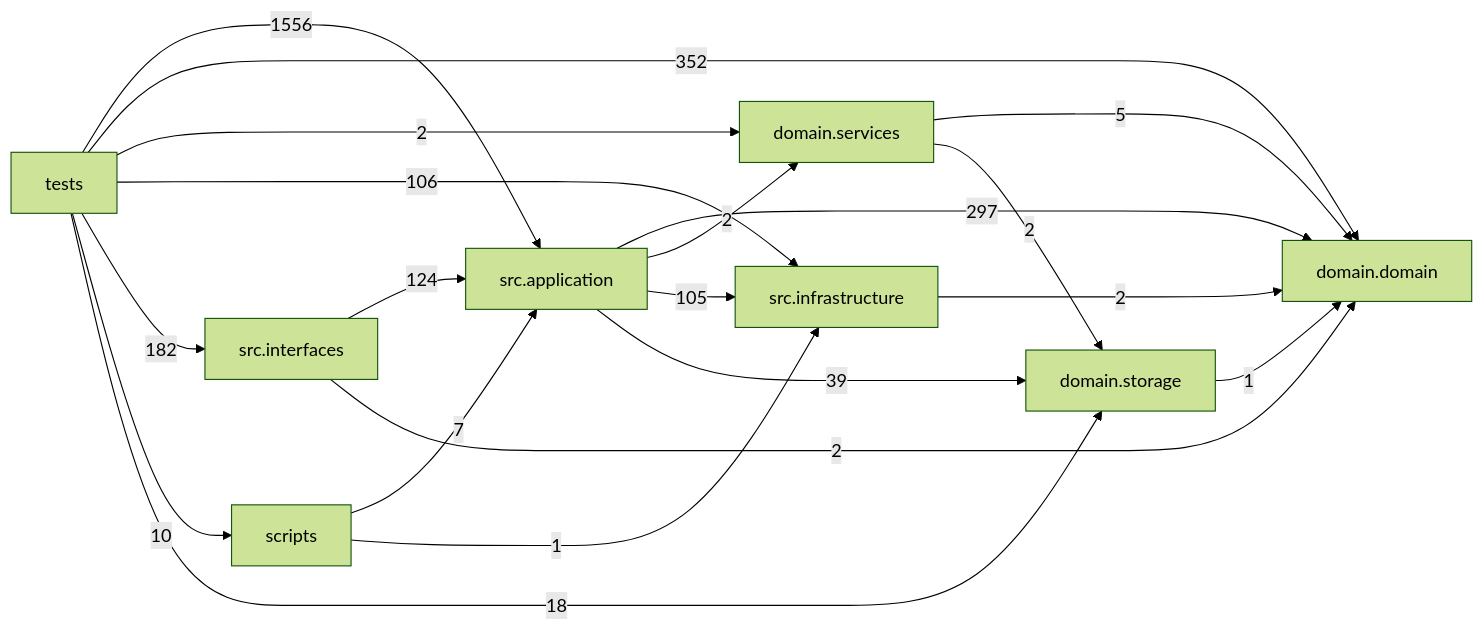
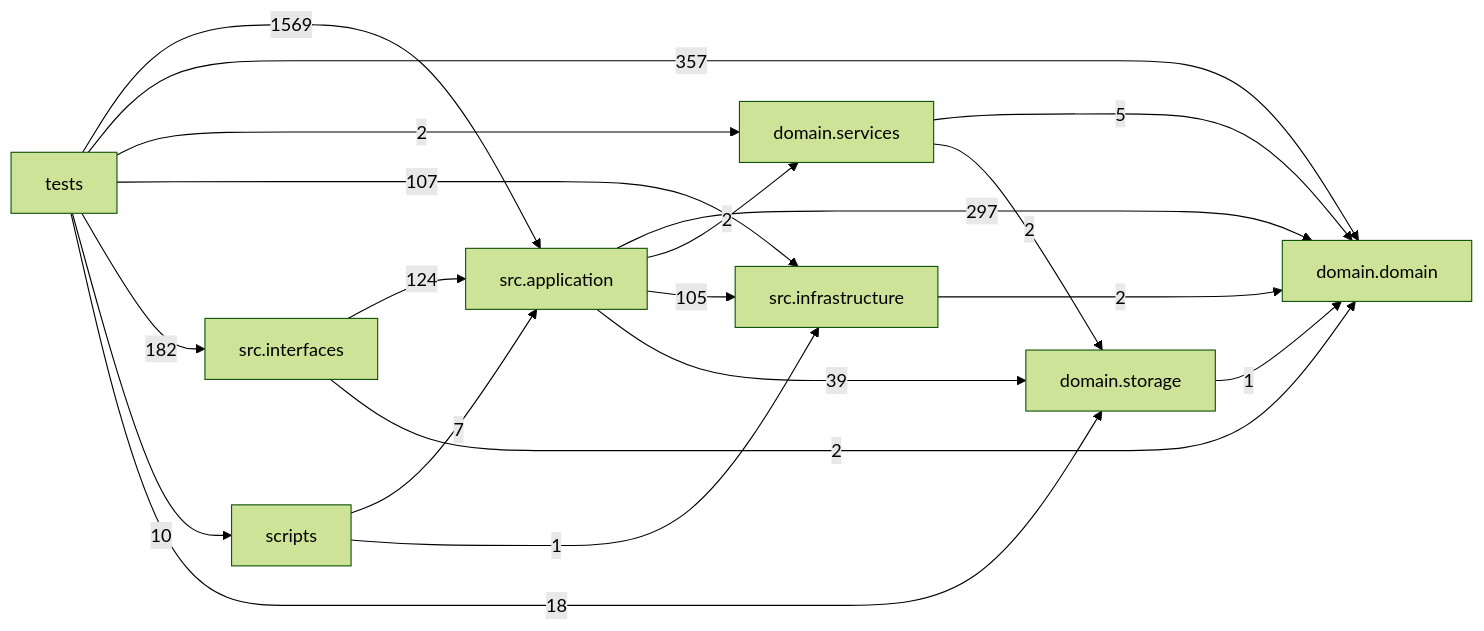
Before and after one commit to liuxie066/options-monitor: the diagram in docs/DEPENDENCY_GRAPH.md, drawn with Mermaid (forest theme). The commit also changed other lines of this file and 6 other files, not shown here.

````diff
--- a/docs/DEPENDENCY_GRAPH.md
+++ b/docs/DEPENDENCY_GRAPH.md
@@ -24,30 +24,30 @@
 ```mermaid
 flowchart LR
   tests["tests"]
   scripts["scripts"]
   interfaces["src.interfaces"]
   application["src.application"]
   infrastructure["src.infrastructure"]
   domain_services["domain.services"]
   domain["domain.domain"]
   storage["domain.storage"]
   application -->|297| domain
   application -->|2| domain_services
   application -->|105| infrastructure
   application -->|39| storage
   domain_services -->|5| domain
   domain_services -->|2| storage
   infrastructure -->|2| domain
   interfaces -->|124| application
   interfaces -->|2| domain
   scripts -->|7| application
   scripts -->|1| infrastructure
   storage -->|1| domain
-  tests -->|1556| application
-  tests -->|352| domain
+  tests -->|1569| application
+  tests -->|357| domain
   tests -->|2| domain_services
-  tests -->|106| infrastructure
+  tests -->|107| infrastructure
   tests -->|182| interfaces
   tests -->|10| scripts
   tests -->|18| storage
 ```
````
